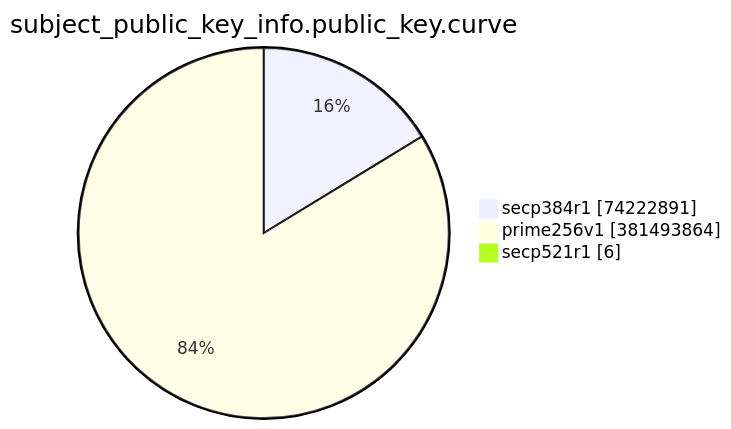
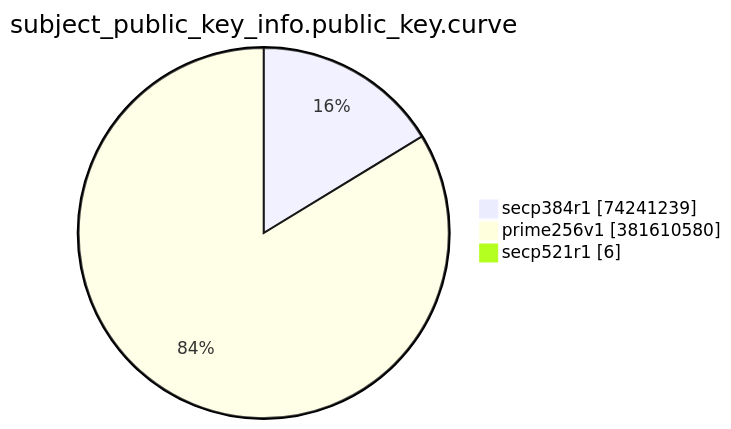
The eighth of 15 diagrams in TOTAL/README.md (christiankrug/ctmonitor_visualization), drawn with Mermaid before and after one commit. The commit also changed other lines of this file, not shown here.

````diff
--- a/TOTAL/README.md
+++ b/TOTAL/README.md
@@ -3094,7 +3094,7 @@
 ```mermaid
 pie showData
 title subject_public_key_info.public_key.curve
-"secp384r1" :74222891
-"prime256v1" :381493864
+"secp384r1" :74241239
+"prime256v1" :381610580
 "secp521r1" :6
 ```
````
